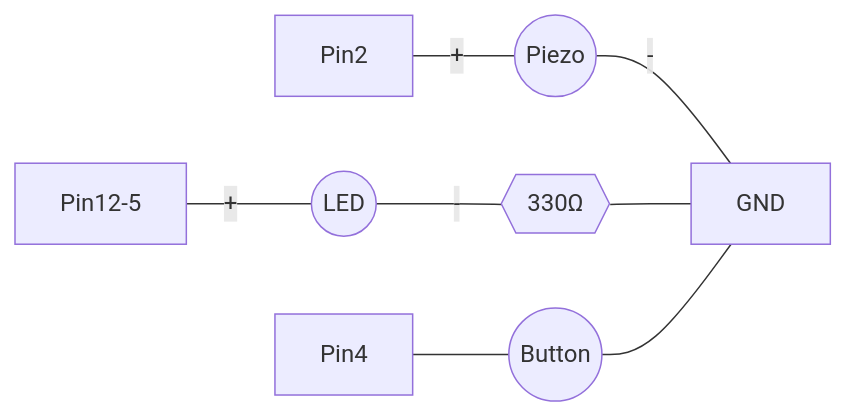
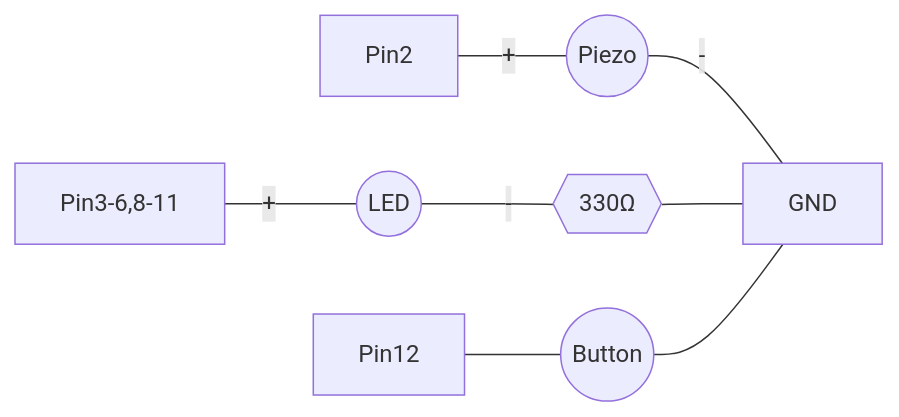
Before and after one commit to tannerntannern/scoop-duty: the second of 2 diagrams in README.md, drawn with Mermaid. The commit also changed 1 other file, not shown here.

Commit message:
Almost done with code

````diff
--- a/README.md
+++ b/README.md
@@ -45,6 +45,6 @@
 ```mermaid
 flowchart LR
 Pin2 ---|+| Piezo((Piezo)) ---|-| GND
-Pin12-5 ---|+| LED((LED)) ---|-| R1{{330Ω}} --- GND
-Pin4 --- Button((Button)) --- GND
+Pin3-6,8-11 ---|+| LED((LED)) ---|-| R1{{330Ω}} --- GND
+Pin12 --- Button((Button)) --- GND
 ```
````
